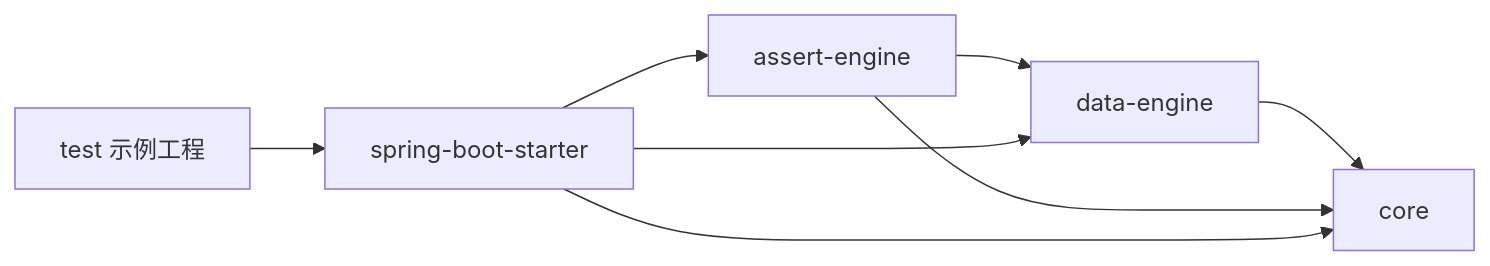
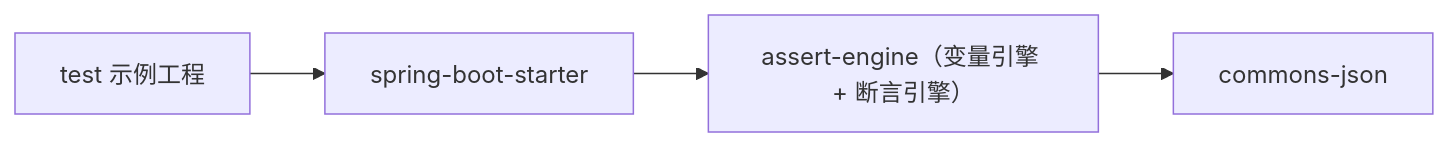
Before and after one commit to loadup-cloud/docs: the diagram in content/docs/testing/_index.md, drawn with Mermaid. The commit also changed other lines of this file and 151 other files, not shown here.

````diff
--- a/content/docs/testing/_index.md
+++ b/content/docs/testing/_index.md
@@ -263,10 +285,6 @@
 ```mermaid
 flowchart LR
-  D[data-engine] --> C[core]
-  A[assert-engine] --> D
-  A --> C
+  A[assert-engine（变量引擎 + 断言引擎）] --> C[commons-json]
   S[spring-boot-starter] --> A
-  S --> D
-  S --> C
   T[test 示例工程] --> S
 ```
````
